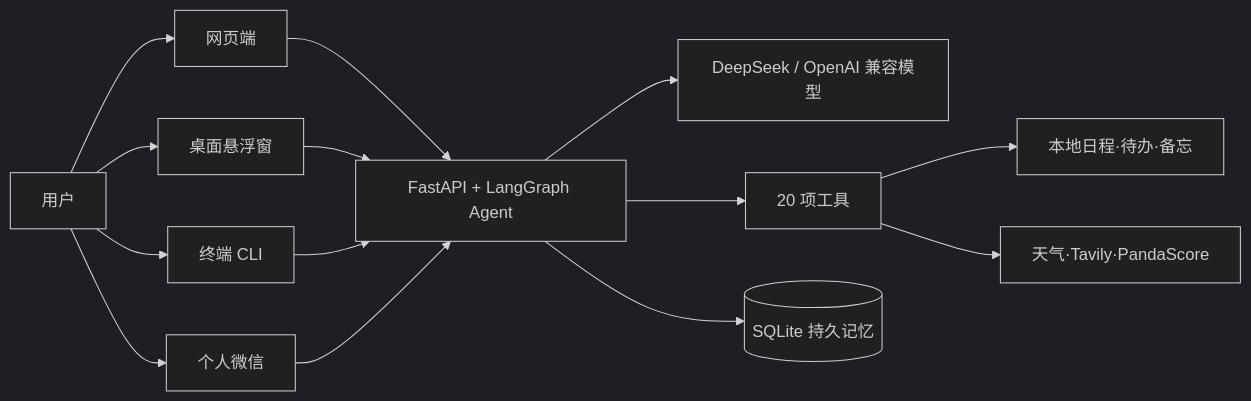
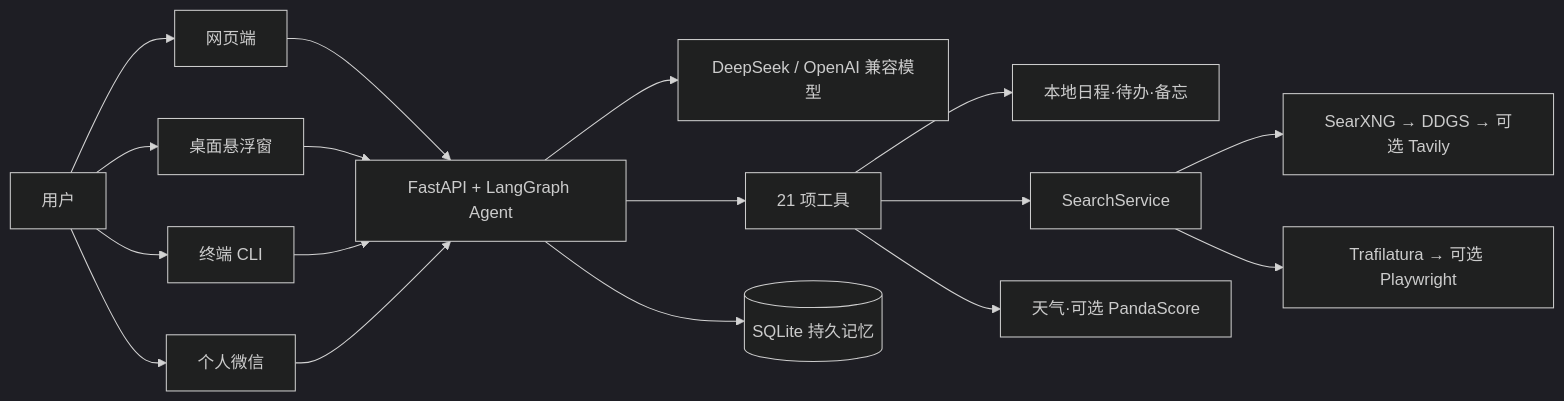
One commit to 123akw/jarvis changed the diagram in README.md. Above: the diagram before and after it, drawn with Mermaid (dark theme). The commit also changed other lines of this file and 9 other files, not shown here.

````diff
--- a/README.md
+++ b/README.md
@@ -110,13 +112,16 @@
 ```mermaid
 flowchart LR
   U[用户] --> W[网页端]
   U --> D[桌面悬浮窗]
   U --> C[终端 CLI]
   U --> X[个人微信]
   W & D & C & X --> A[FastAPI + LangGraph Agent]
   A --> M[DeepSeek / OpenAI 兼容模型]
-  A --> T[20 项工具]
+  A --> T[21 项工具]
   A --> S[(SQLite 持久记忆)]
   T --> L[本地日程·待办·备忘]
-  T --> E[天气·Tavily·PandaScore]
+  T --> Q[SearchService]
+  Q --> P[SearXNG → DDGS → 可选 Tavily]
+  Q --> R[Trafilatura → 可选 Playwright]
+  T --> E[天气·可选 PandaScore]
 ```
````
